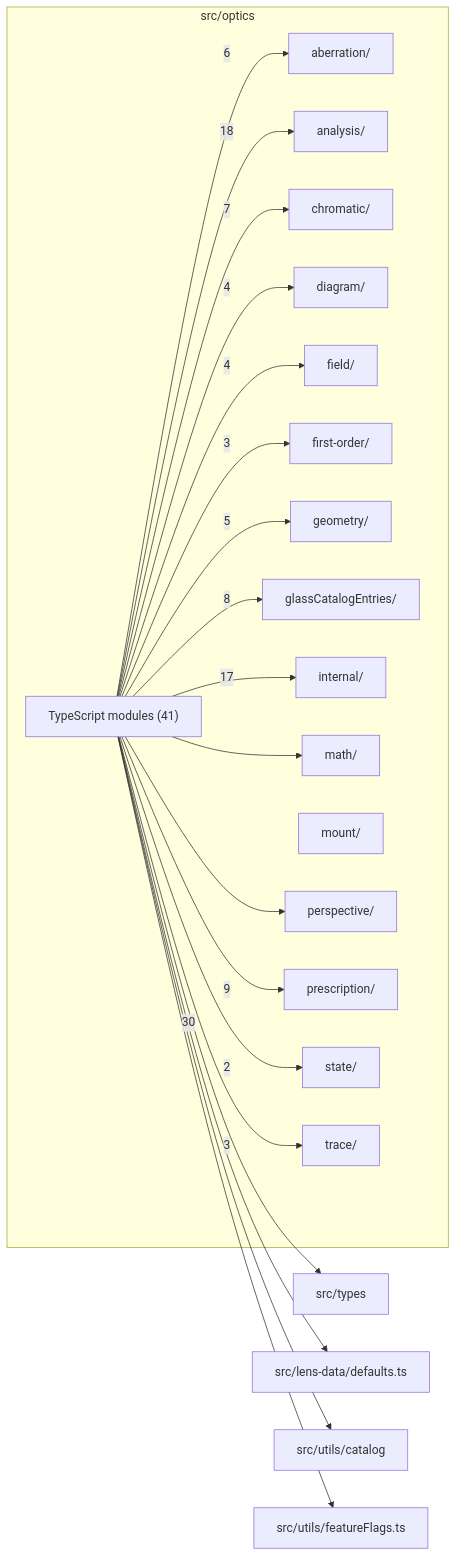
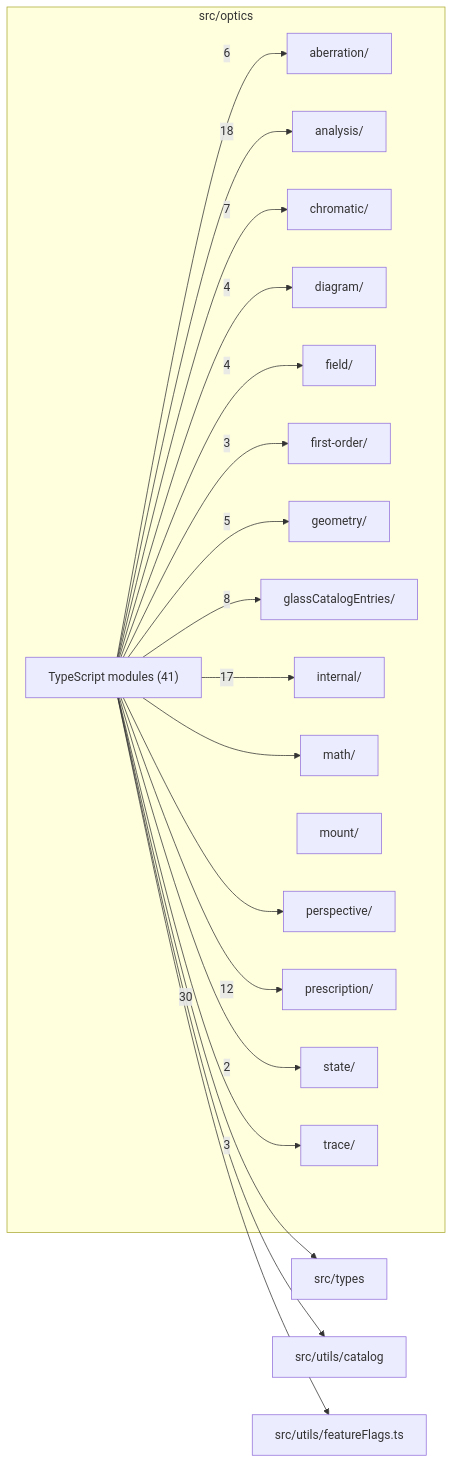
The diagram in src/optics/readme.md (ronbuening/LensVisualizer), drawn with Mermaid before and after one commit. The commit also changed other lines of this file and 58 other files, not shown here.

````diff
--- a/src/optics/readme.md
+++ b/src/optics/readme.md
@@ -9,43 +9,41 @@
 ```mermaid
 flowchart LR
   subgraph n_src_optics["src/optics"]
     n_src_optics_src_optics_aberration["aberration/"]
     n_src_optics_src_optics_analysis["analysis/"]
     n_src_optics_src_optics_chromatic["chromatic/"]
     n_src_optics_src_optics_diagram["diagram/"]
     n_src_optics_src_optics_field["field/"]
     n_src_optics_src_optics_first_order["first-order/"]
     n_src_optics_src_optics_geometry["geometry/"]
     n_src_optics_src_optics_glassCatalogEntries["glassCatalogEntries/"]
     n_src_optics_src_optics_internal["internal/"]
     n_src_optics_src_optics_math["math/"]
     n_src_optics_src_optics_mount["mount/"]
     n_src_optics_src_optics_perspective["perspective/"]
     n_src_optics_src_optics_prescription["prescription/"]
     n_src_optics_src_optics_state["state/"]
     n_src_optics_src_optics_trace["trace/"]
     n_src_optics_TypeScript_modules["TypeScript modules (41)"]
   end
   n_external_src_types["src/types"]
-  n_external_src_lens_data_defaults_ts["src/lens-data/defaults.ts"]
   n_external_src_utils_catalog["src/utils/catalog"]
   n_external_src_utils_featureFlags_ts["src/utils/featureFlags.ts"]
   n_src_optics_TypeScript_modules --> |30| n_external_src_types
   n_src_optics_TypeScript_modules --> |18| n_src_optics_src_optics_analysis
   n_src_optics_TypeScript_modules --> |17| n_src_optics_src_optics_internal
-  n_src_optics_TypeScript_modules --> |9| n_src_optics_src_optics_prescription
+  n_src_optics_TypeScript_modules --> |12| n_src_optics_src_optics_prescription
   n_src_optics_TypeScript_modules --> |8| n_src_optics_src_optics_glassCatalogEntries
   n_src_optics_TypeScript_modules --> |7| n_src_optics_src_optics_chromatic
   n_src_optics_TypeScript_modules --> |6| n_src_optics_src_optics_aberration
   n_src_optics_TypeScript_modules --> |5| n_src_optics_src_optics_geometry
   n_src_optics_TypeScript_modules --> |4| n_src_optics_src_optics_diagram
   n_src_optics_TypeScript_modules --> |4| n_src_optics_src_optics_field
   n_src_optics_TypeScript_modules --> |3| n_src_optics_src_optics_first_order
   n_src_optics_TypeScript_modules --> |3| n_src_optics_src_optics_trace
   n_src_optics_TypeScript_modules --> |2| n_src_optics_src_optics_state
-  n_src_optics_TypeScript_modules --> n_external_src_lens_data_defaults_ts
   n_src_optics_TypeScript_modules --> n_external_src_utils_catalog
   n_src_optics_TypeScript_modules --> n_external_src_utils_featureFlags_ts
   n_src_optics_TypeScript_modules --> n_src_optics_src_optics_math
   n_src_optics_TypeScript_modules --> n_src_optics_src_optics_perspective
 ```
````
